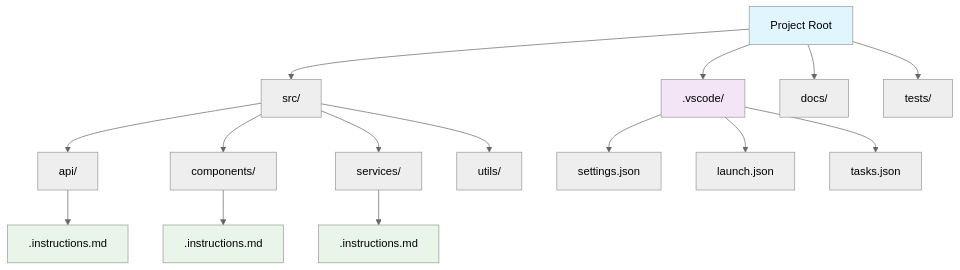
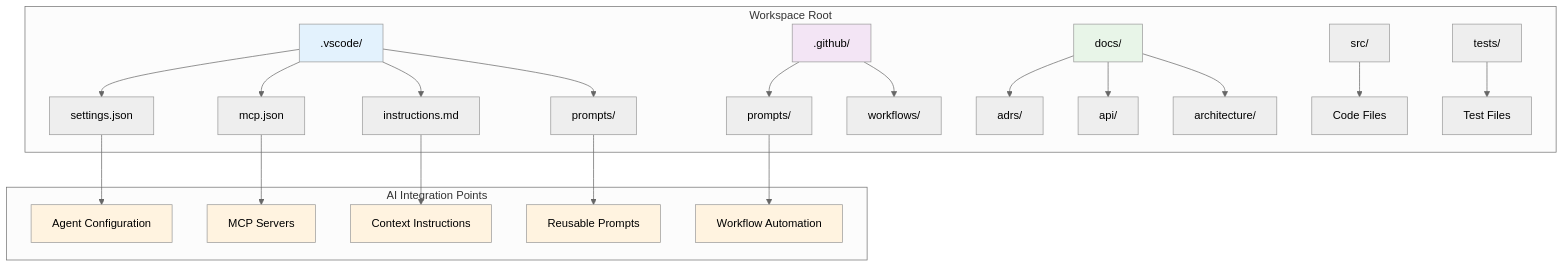
The seventh of 11 diagrams in 17_intent_based_dev_vs_code_copilot.md (raphaelmansuy/tutorials), drawn with Mermaid (neutral theme) before and after one commit. The commit also changed other lines of this file, not shown here.

````diff
--- a/17_intent_based_dev_vs_code_copilot.md
+++ b/17_intent_based_dev_vs_code_copilot.md
@@ -981,26 +668,36 @@
 ```mermaid
-graph TD
-    A[Project Root] --> B[src/]
-    A --> C[.vscode/]
-    A --> D[docs/]
-    A --> E[tests/]
+graph TB
+    subgraph "Workspace Root"
+        A[.vscode/] --> B[settings.json]
+        A --> C[mcp.json]
+        A --> D[instructions.md]
+        A --> E[prompts/]
+        
+        F[.github/] --> G[prompts/]
+        F --> H[workflows/]
+        
+        I[docs/] --> J[adrs/]
+        I --> K[api/]
+        I --> L[architecture/]
+        
+        M[src/] --> N[Code Files]
+        O[tests/] --> P[Test Files]
+    end
     
-    B --> F[api/]
-    B --> G[components/]
-    B --> H[services/]
-    B --> I[utils/]
+    subgraph "AI Integration Points"
+        B --> Q[Agent Configuration]
+        C --> R[MCP Servers]
+        D --> S[Context Instructions]
+        E --> T[Reusable Prompts]
+        G --> U[Workflow Automation]
+    end
     
-    C --> J[settings.json]
-    C --> K[launch.json]
-    C --> L[tasks.json]
-    
-    F --> M[.instructions.md]
-    G --> N[.instructions.md]
-    H --> O[.instructions.md]
-    
-    style A fill:#e1f5fe
-    style C fill:#f3e5f5
-    style M fill:#e8f5e8
-    style N fill:#e8f5e8
-    style O fill:#e8f5e8
+    style A fill:#e3f2fd
+    style F fill:#f3e5f5
+    style I fill:#e8f5e8
+    style Q fill:#fff3e0
+    style R fill:#fff3e0
+    style S fill:#fff3e0
+    style T fill:#fff3e0
+    style U fill:#fff3e0
 ```
````
